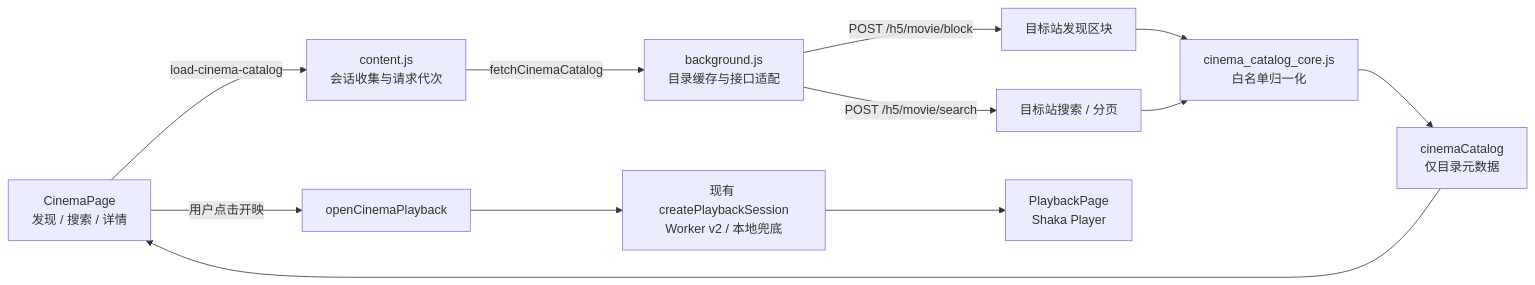
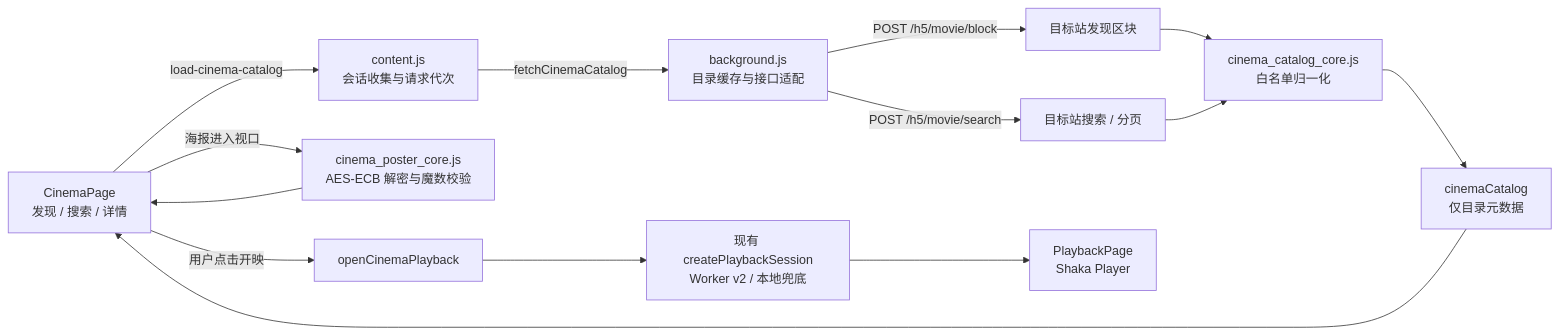
Before and after one commit to lsy5920/tangxin-zhizhe-extension: the diagram in docs/cinema-system.md, drawn with Mermaid. The commit also changed other lines of this file and 25 other files, not shown here.

````diff
--- a/docs/cinema-system.md
+++ b/docs/cinema-system.md
@@ -16,14 +16,16 @@
 ```mermaid
 flowchart LR
   UI["CinemaPage\n发现 / 搜索 / 详情"] -->|"load-cinema-catalog"| Content["content.js\n会话收集与请求代次"]
   Content -->|"fetchCinemaCatalog"| Background["background.js\n目录缓存与接口适配"]
   Background -->|"POST /h5/movie/block"| Discover["目标站发现区块"]
   Background -->|"POST /h5/movie/search"| Search["目标站搜索 / 分页"]
   Discover --> Core["cinema_catalog_core.js\n白名单归一化"]
   Search --> Core
   Core --> State["cinemaCatalog\n仅目录元数据"]
   State --> UI
+  UI -->|"海报进入视口"| Poster["cinema_poster_core.js\nAES-ECB 解密与魔数校验"]
+  Poster --> UI
   UI -->|"用户点击开映"| Open["openCinemaPlayback"]
   Open --> Session["现有 createPlaybackSession\nWorker v2 / 本地兜底"]
   Session --> Player["PlaybackPage\nShaka Player"]
 ```
````
